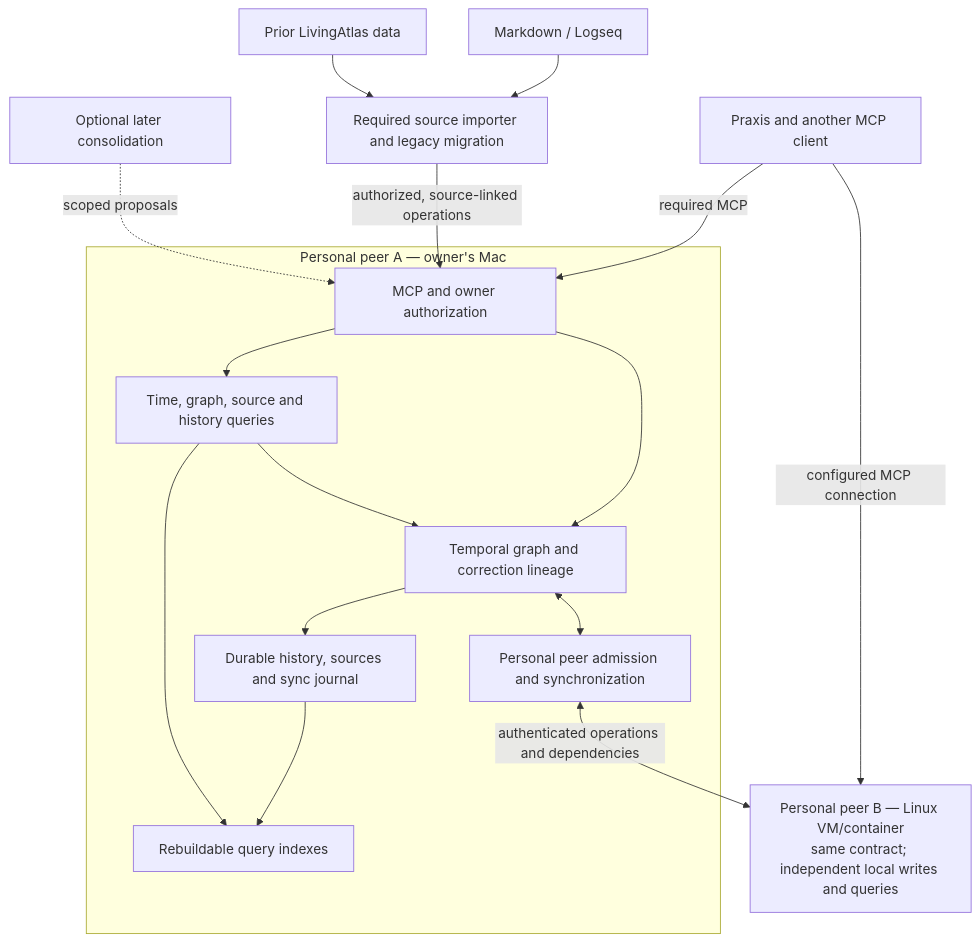
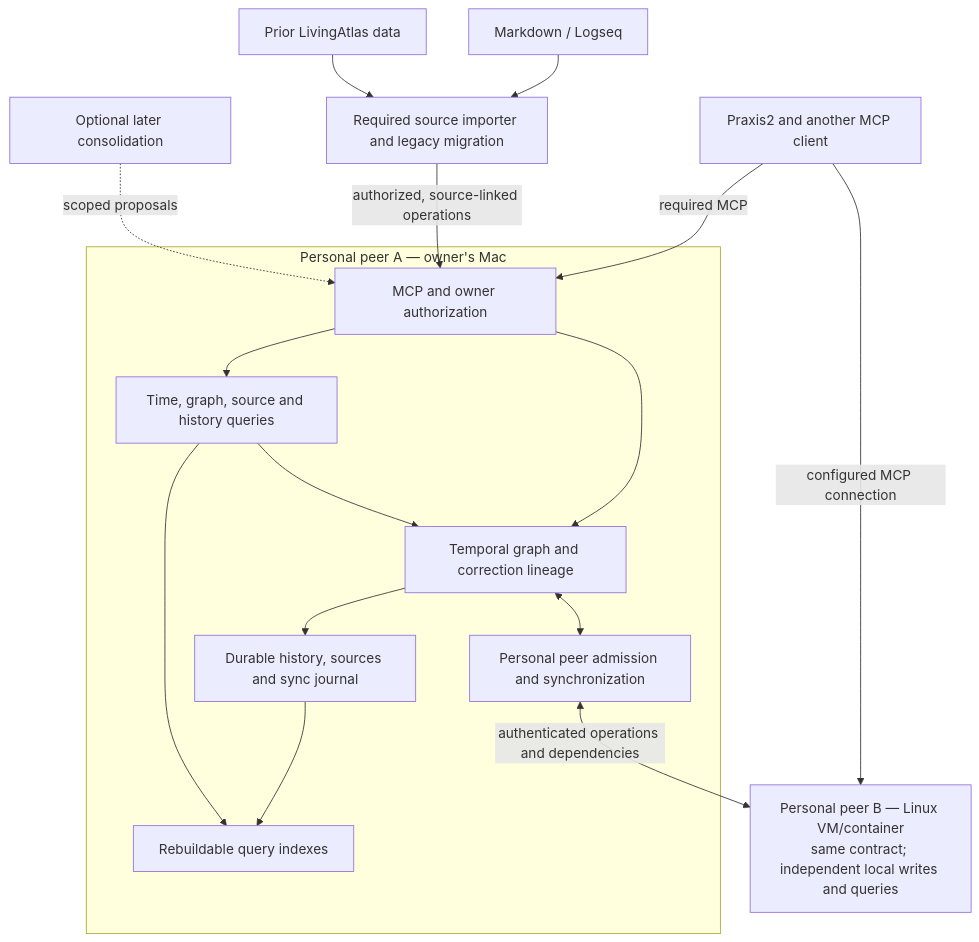
The diagram in docs/ARCHITECTURE.md (ProvisioInsights/RefactoredMemory), drawn with Mermaid before and after one commit. The commit also changed other lines of this file and 23 other files, not shown here.

Commit message:
Finalize Praxis2 MCP scope and enforce discoverable capture schemas

````diff
--- a/docs/ARCHITECTURE.md
+++ b/docs/ARCHITECTURE.md
@@ -7,19 +7,19 @@
 ```mermaid
 flowchart TB
-    C["Praxis and another MCP client"] -->|"required MCP"| A
+    C["Praxis2 and another MCP client"] -->|"required MCP"| A
     F["Markdown / Logseq"] --> IMP["Required source importer and legacy migration"]
     L["Prior LivingAtlas data"] --> IMP
     IMP -->|"authorized, source-linked operations"| A
     subgraph MAC["Personal peer A — owner's Mac"]
         A["MCP and owner authorization"] --> G["Temporal graph and correction lineage"]
         G --> D["Durable history, sources and sync journal"]
         D --> I["Rebuildable query indexes"]
         A --> Q["Time, graph, source and history queries"]
         Q --> G
         Q --> I
         G <--> S["Personal peer admission and synchronization"]
     end
     S <-->|"authenticated operations and dependencies"| B["Personal peer B — Linux VM/container<br/>same contract; independent local writes and queries"]
     C -->|"configured MCP connection"| B
     W["Optional later consolidation"] -.->|"scoped proposals"| A
 ```
````
